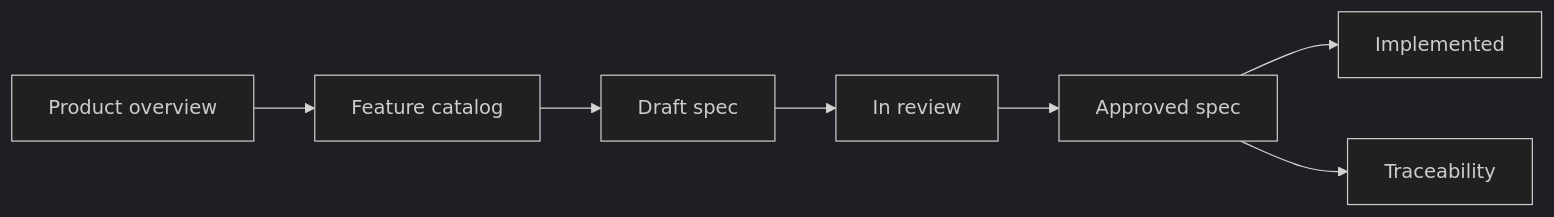
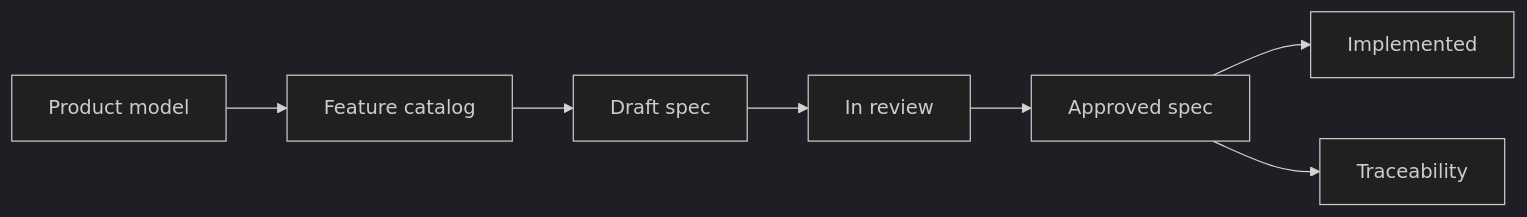
The diagram in docs/requirements/README.md (trannamtrung1st/flex-agent), drawn with Mermaid (dark theme) before and after one commit. The commit also changed other lines of this file and 16 other files, not shown here.

````diff
--- a/docs/requirements/README.md
+++ b/docs/requirements/README.md
@@ -11,9 +13,9 @@
 ```mermaid
 flowchart LR
-  overview[Product overview] --> catalog[Feature catalog]
+  productModel[Product model] --> catalog[Feature catalog]
   catalog --> draft[Draft spec]
   draft --> review[In review]
   review --> approved[Approved spec]
   approved --> implemented[Implemented]
   approved --> trace[Traceability]
 ```
````
